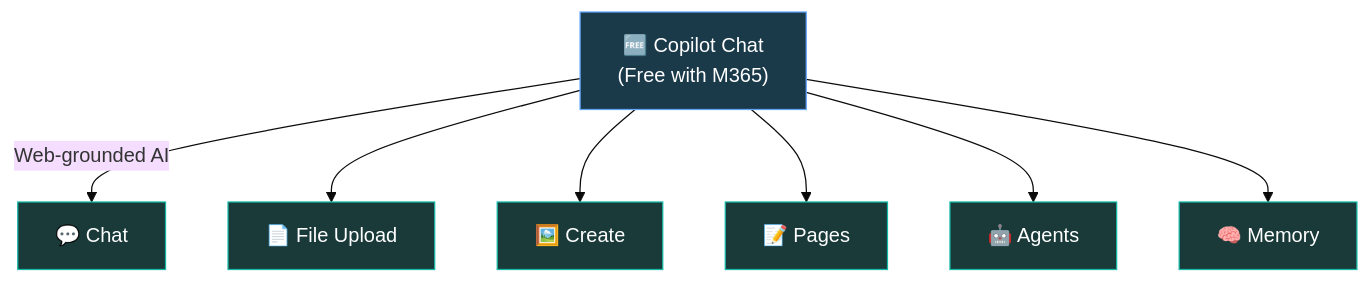
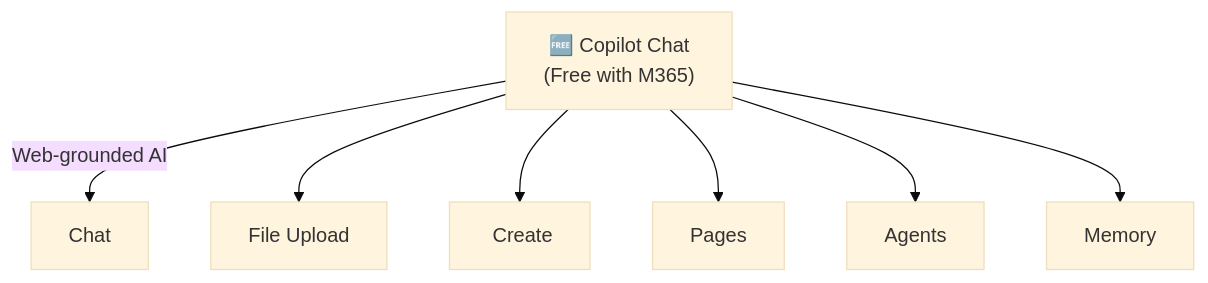
The first of 6 diagrams in content/blog/microsoft-365-copilot-chat-complete-guide-for-trainers.md (susanthgit/aguidetocloud-revamp), drawn with Mermaid (base theme) before and after one commit. The commit also changed other lines of this file and 553 other files, not shown here.

First line of the commit message:
🌸 Z17: Zen Mermaid diagrams — Stripe Docs style

````diff
--- a/content/blog/microsoft-365-copilot-chat-complete-guide-for-trainers.md
+++ b/content/blog/microsoft-365-copilot-chat-complete-guide-for-trainers.md
@@ -122,16 +122,9 @@
 ```mermaid
 flowchart TD
-    A["🆓 Copilot Chat<br/>(Free with M365)"] -->|"Web-grounded AI"| B["💬 Chat"]
-    A --> C["📄 File Upload"]
-    A --> D["🖼️ Create"]
-    A --> E["📝 Pages"]
-    A --> F["🤖 Agents"]
-    A --> G["🧠 Memory"]
-    style A fill:#1a3a4a,stroke:#60A5FA,color:#ffffff
-    style B fill:#1a3a3a,stroke:#14B8A6,color:#ffffff
-    style C fill:#1a3a3a,stroke:#14B8A6,color:#ffffff
-    style D fill:#1a3a3a,stroke:#14B8A6,color:#ffffff
-    style E fill:#1a3a3a,stroke:#14B8A6,color:#ffffff
-    style F fill:#1a3a3a,stroke:#14B8A6,color:#ffffff
-    style G fill:#1a3a3a,stroke:#14B8A6,color:#ffffff
+    A["🆓 Copilot Chat<br/>(Free with M365)"] -->|"Web-grounded AI"| B["Chat"]
+    A --> C["File Upload"]
+    A --> D["️ Create"]
+    A --> E["Pages"]
+    A --> F["Agents"]
+    A --> G["Memory"]
 ```
````
